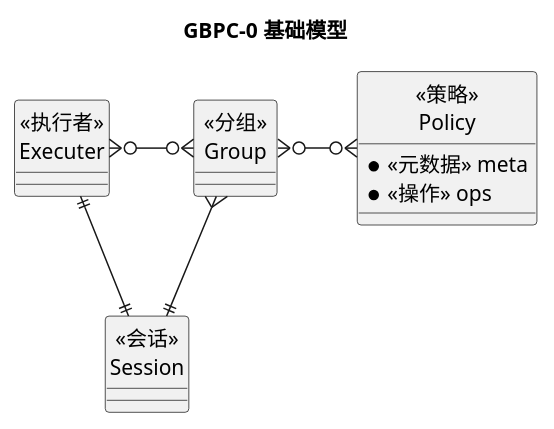
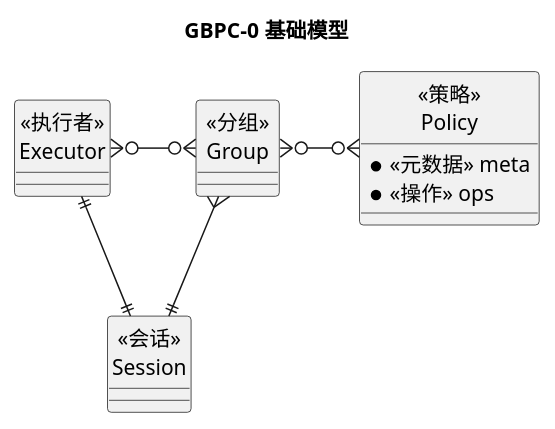
The diagram in GBPC/gbpc01.puml (hollson/pm), drawn with PlantUML before and after one commit. The commit also changed 20 other files, not shown here.

```diff
--- a/GBPC/gbpc01.puml
+++ b/GBPC/gbpc01.puml
@@ -1,24 +1,24 @@
 @startuml GBPC0
 title GBPC-0 基础模型
 hide circle
 
-'entity executer <<泛型>>
-entity "<<执行者>>\nExecuter" as executer {
+'entity executor <<泛型>>
+entity "<<执行者>>\nExecutor" as executor {
 }
 
 entity " <<分组>> \nGroup" as group {
 }
 
 entity " <<策略>> \nPolicy" as policy {
   *<<元数据>> meta
   *<<操作>> ops
 }
 
 entity " <<会话>> \nSession" as session {
 }
 
-executer }o-right-o{group:"      "
+executor }o-right-o{group:"      "
 group }o-right-o{policy:"     "
-executer ||--|| session
+executor ||--|| session
 group }--|| session
 @enduml
```
